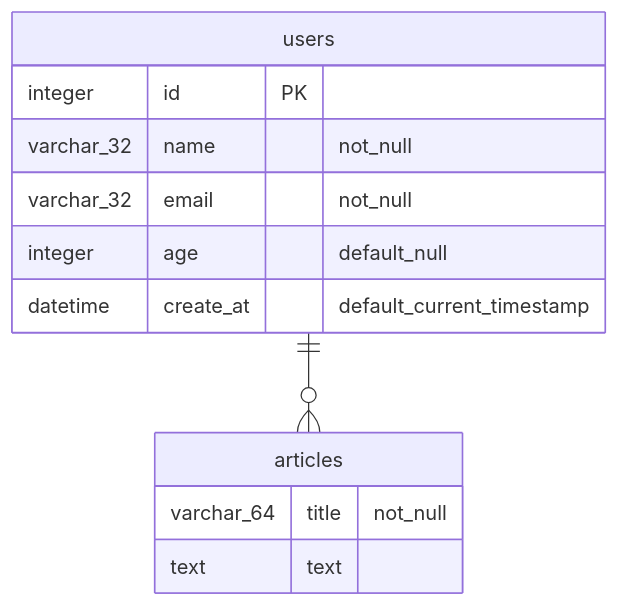
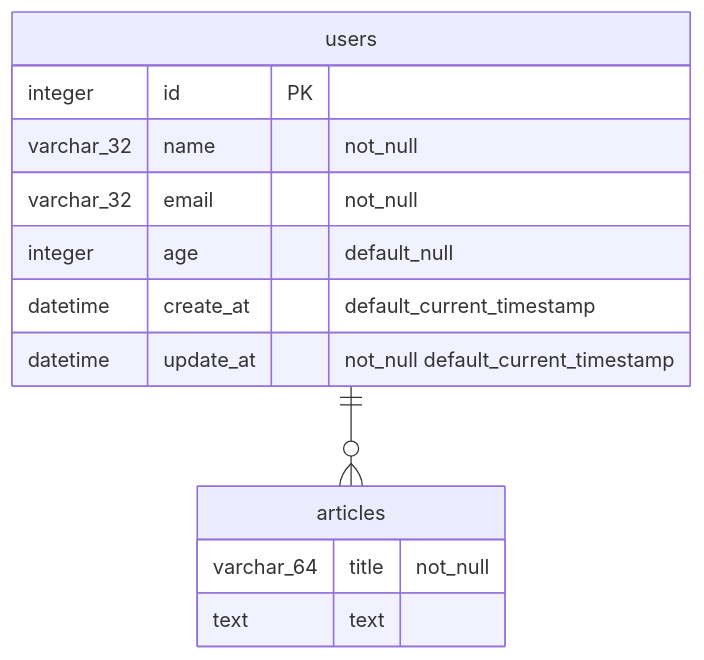
The diagram in harp/doc/sample-er.md (ShunichirouKamino/harp), drawn with Mermaid before and after one commit.

Commit message:
both not_null and default

````diff
--- a/harp/doc/sample-er.md
+++ b/harp/doc/sample-er.md
@@ -1,18 +1,19 @@
 ```mermaid
 erDiagram
 
 users ||--o{ articles: ""
 
 users {
   integer id PK
   varchar_32 name "not_null"
   varchar_32 email "not_null"
   integer age "default_null"
   datetime create_at "default_current_timestamp"
+  datetime update_at "not_null default_current_timestamp"
 }
 
 articles {
   varchar_64 title "not_null"
   text text
 }
 ```
````
